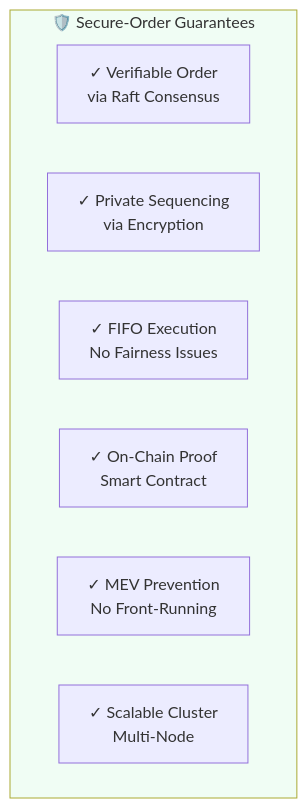
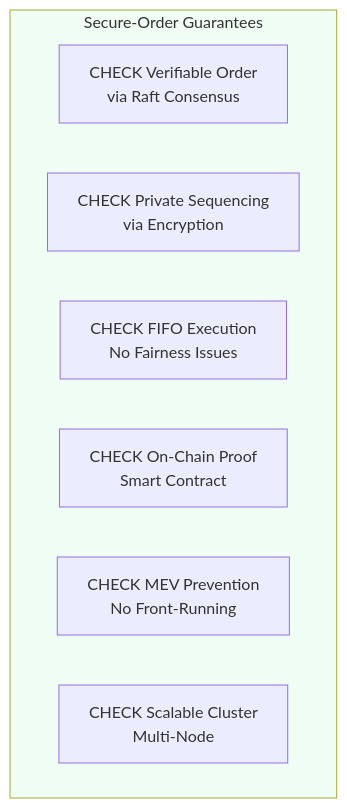
One commit to drumilbhati/secureorder changed the ninth of 10 diagrams in README.md. Above: the diagram before and after it, drawn with Mermaid. The commit also changed other lines of this file, not shown here.

First line of the commit message:
fix: remove emoji characters from mermaid diagrams for proper rendering

````diff
--- a/README.md
+++ b/README.md
@@ -217,13 +217,13 @@
 ```mermaid
 graph TB
-    subgraph Guarantees["🛡️ Secure-Order Guarantees"]
-        G1["✓ Verifiable Order<br/>via Raft Consensus"]
-        G2["✓ Private Sequencing<br/>via Encryption"]
-        G3["✓ FIFO Execution<br/>No Fairness Issues"]
-        G4["✓ On-Chain Proof<br/>Smart Contract"]
-        G5["✓ MEV Prevention<br/>No Front-Running"]
-        G6["✓ Scalable Cluster<br/>Multi-Node"]
+    subgraph Guarantees["Secure-Order Guarantees"]
+        G1["CHECK Verifiable Order<br/>via Raft Consensus"]
+        G2["CHECK Private Sequencing<br/>via Encryption"]
+        G3["CHECK FIFO Execution<br/>No Fairness Issues"]
+        G4["CHECK On-Chain Proof<br/>Smart Contract"]
+        G5["CHECK MEV Prevention<br/>No Front-Running"]
+        G6["CHECK Scalable Cluster<br/>Multi-Node"]
     end
     
     style Guarantees fill:#f0fdf4
 ```
````
